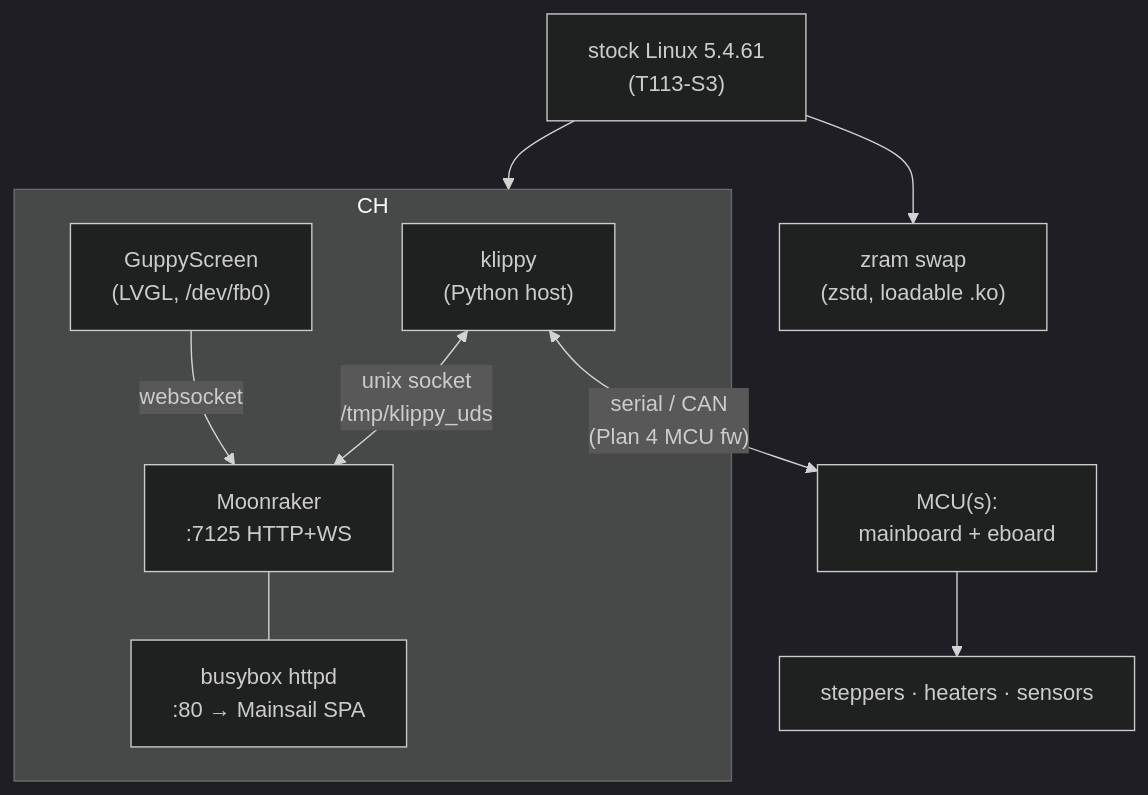
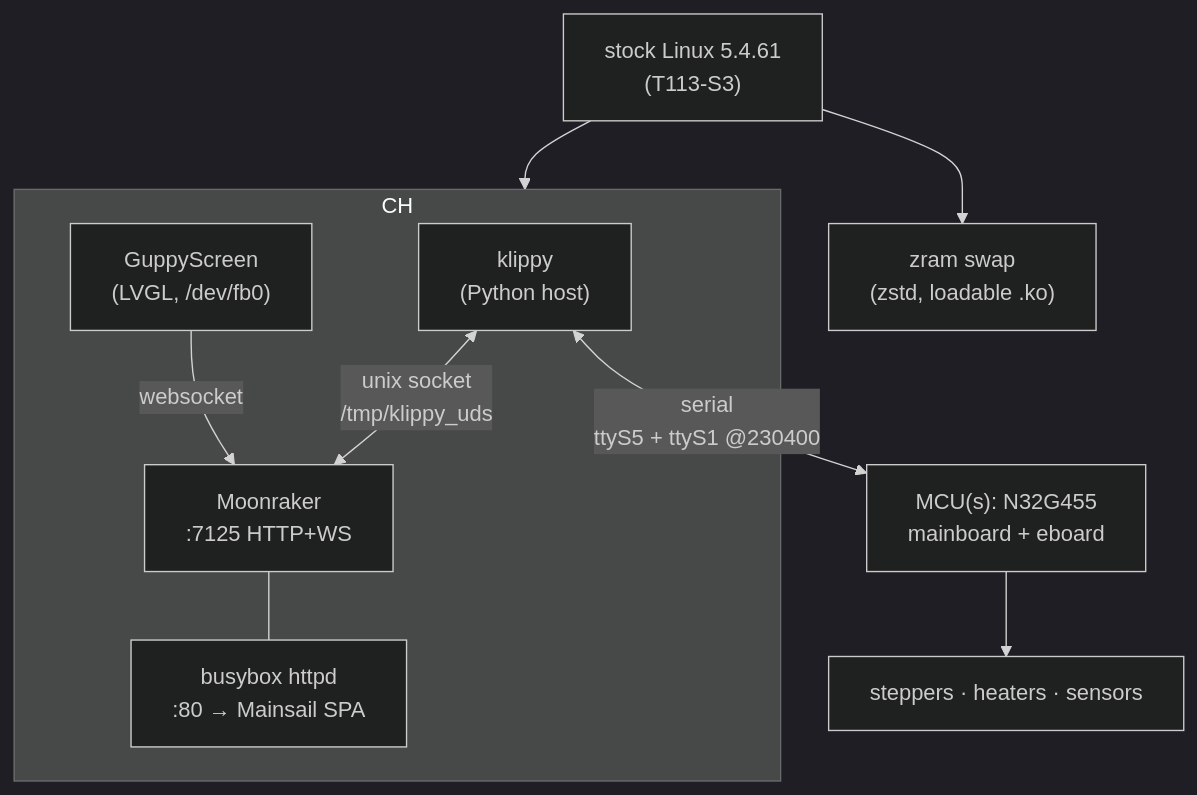
The second of 3 diagrams in docs/architecture.md (maci0/reforge), drawn with Mermaid (dark theme) before and after one commit. The commit also changed other lines of this file and 15 other files, not shown here.

````diff
--- a/docs/architecture.md
+++ b/docs/architecture.md
@@ -38,16 +38,16 @@
 ```mermaid
 flowchart TB
     K["stock Linux 5.4.61<br/>(T113-S3)"] --> Z["zram swap<br/>(zstd, loadable .ko)"]
     K --> CH["/data/.reforge chroot<br/>(glibc, Thumb-2)"]
     subgraph CH
         KL["klippy<br/>(Python host)"]
         MO["Moonraker<br/>:7125 HTTP+WS"]
         HT["busybox httpd<br/>:80 → Mainsail SPA"]
         GS["GuppyScreen<br/>(LVGL, /dev/fb0)"]
     end
     KL <-->|"unix socket<br/>/tmp/klippy_uds"| MO
     MO --- HT
     GS -->|websocket| MO
-    KL <-->|"serial / CAN<br/>(Plan 4 MCU fw)"| MCU["MCU(s):<br/>mainboard + eboard"]
+    KL <-->|"serial<br/>ttyS5 + ttyS1 @230400"| MCU["MCU(s): N32G455<br/>mainboard + eboard"]
     MCU --> HW["steppers · heaters · sensors"]
 ```
````
